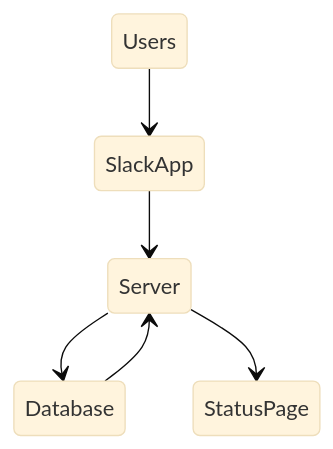
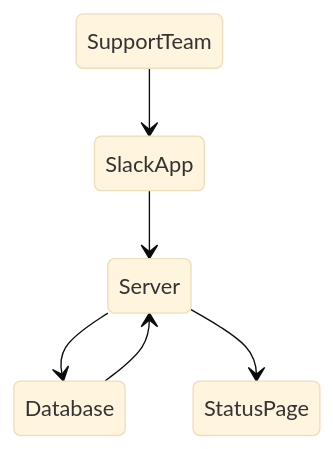
Before and after one commit to decentraland/adr: the diagram in ADR/ADR-81-crashbot.md, drawn with Mermaid (base theme). The commit also changed other lines of this file, not shown here.

Commit message:
docs: change Users to SupportTeam

````diff
--- a/ADR/ADR-81-crashbot.md
+++ b/ADR/ADR-81-crashbot.md
@@ -39,11 +39,11 @@
 ```mermaid
 stateDiagram-v2
-    Users --> SlackApp
+    SupportTeam --> SlackApp
     
     SlackApp --> Server
     
     Server --> Database
     Database --> Server
 
     Server --> StatusPage
 ```
````
